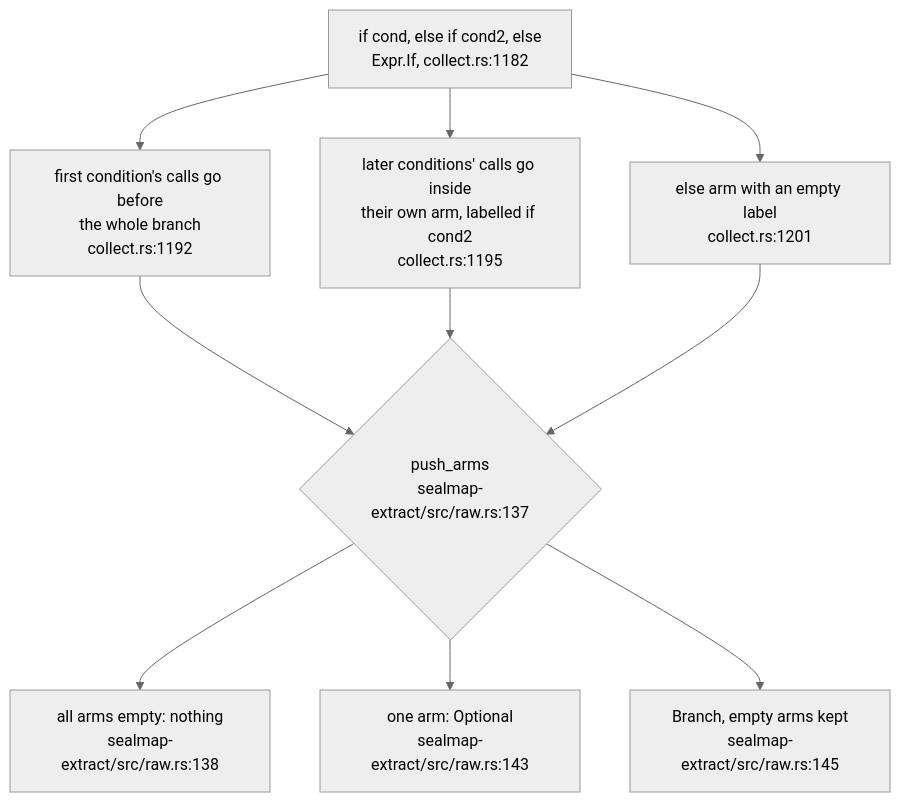
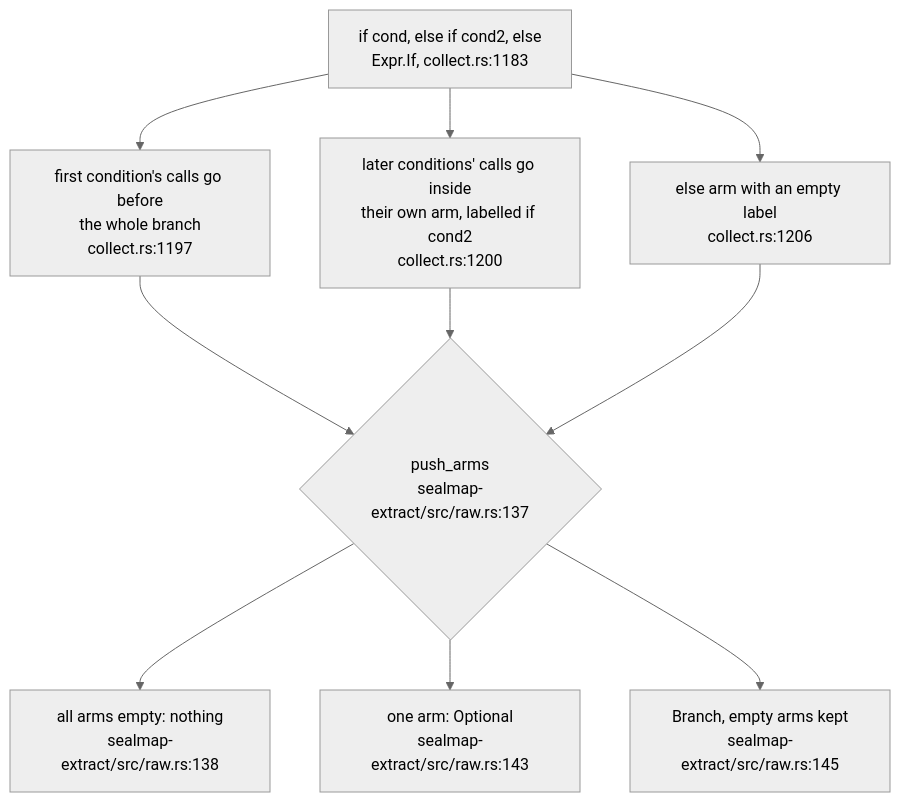
One commit to DreamLab-AI/codemaid changed the fifth of 7 diagrams in docs/diagrams/extract/03-the-flow-walker-and-raw-ir.md. Above: the diagram before and after it, drawn with Mermaid (neutral theme). The commit also changed other lines of this file and 21 other files, not shown here.

````diff
--- a/docs/diagrams/extract/03-the-flow-walker-and-raw-ir.md
+++ b/docs/diagrams/extract/03-the-flow-walker-and-raw-ir.md
@@ -207,20 +208,20 @@
 ```mermaid
 flowchart TB
-    IF["if cond, else if cond2, else<br/>Expr.If, collect.rs:1182"]
-    C1["first condition's calls go before<br/>the whole branch<br/>collect.rs:1192"]
-    C2["later conditions' calls go inside<br/>their own arm, labelled if cond2<br/>collect.rs:1195"]
-    EL["else arm with an empty label<br/>collect.rs:1201"]
+    IF["if cond, else if cond2, else<br/>Expr.If, collect.rs:1183"]
+    C1["first condition's calls go before<br/>the whole branch<br/>collect.rs:1197"]
+    C2["later conditions' calls go inside<br/>their own arm, labelled if cond2<br/>collect.rs:1200"]
+    EL["else arm with an empty label<br/>collect.rs:1206"]
     PA{"push_arms<br/>sealmap-extract/src/raw.rs:137"}
     NONE["all arms empty: nothing<br/>sealmap-extract/src/raw.rs:138"]
     ONE["one arm: Optional<br/>sealmap-extract/src/raw.rs:143"]
     MANY["Branch, empty arms kept<br/>sealmap-extract/src/raw.rs:145"]
     IF --> C1
     IF --> C2
     IF --> EL
     C1 --> PA
     C2 --> PA
     EL --> PA
     PA --> NONE
     PA --> ONE
     PA --> MANY
 ```
````
